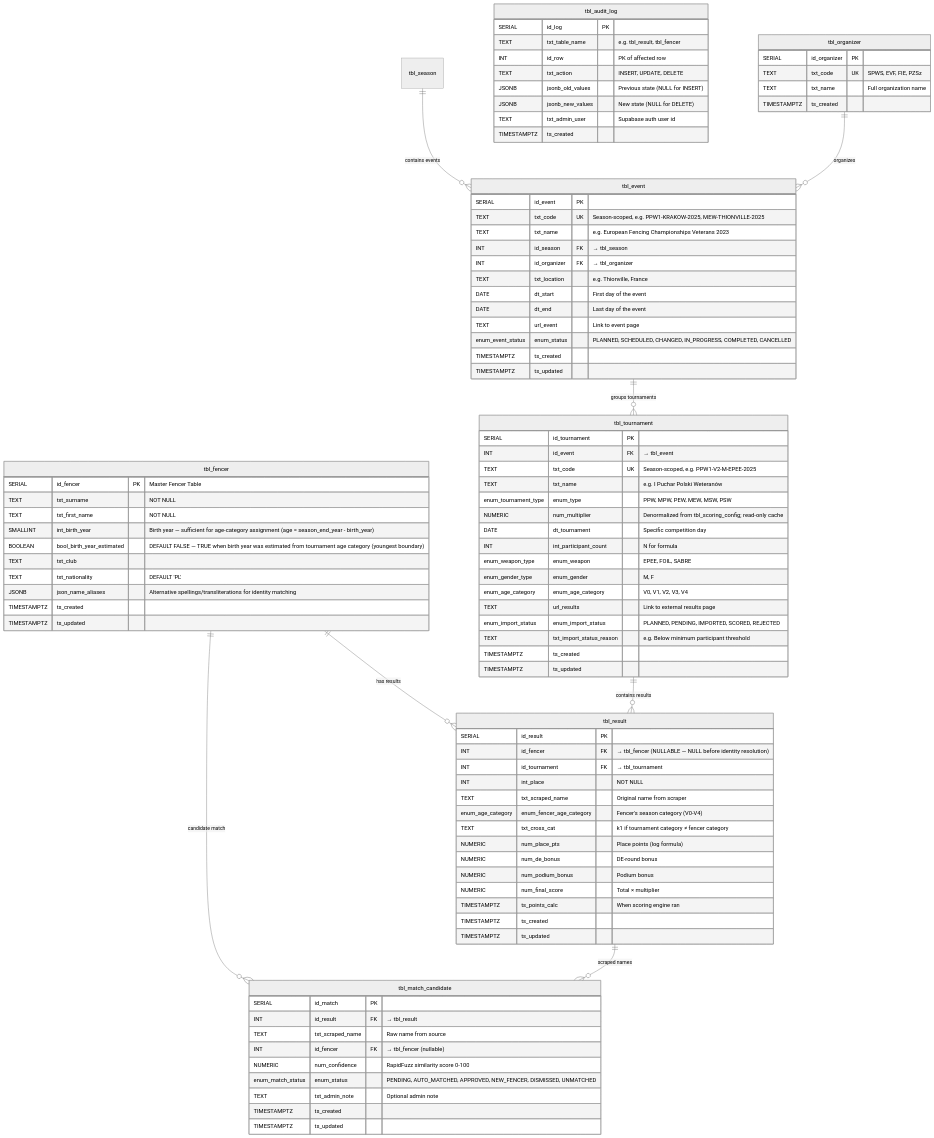
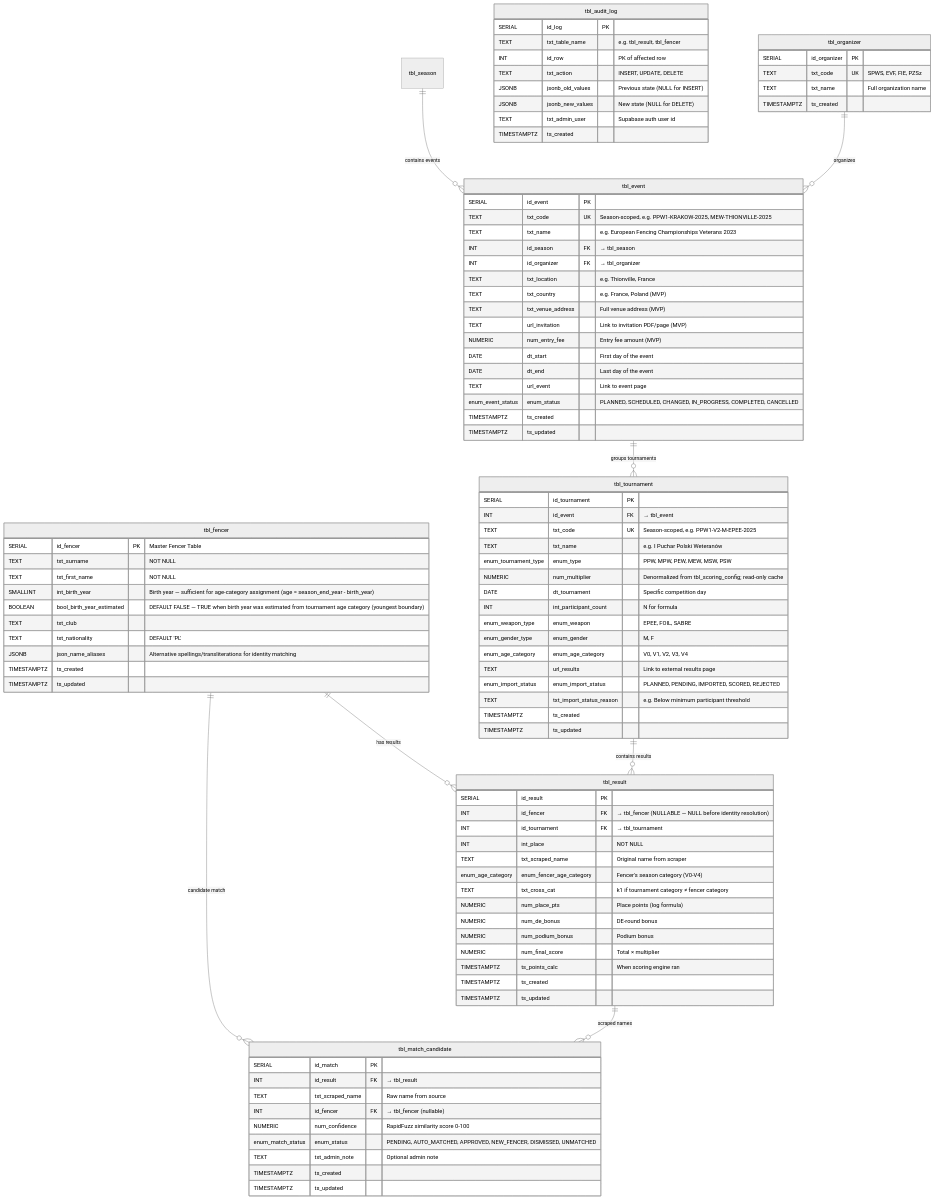
One commit to Fencer4Life/spws-automated-ranklist changed the third of 6 diagrams in doc/Project Specification. SPWS Automated Ranklist System.md. Above: the diagram before and after it, drawn with Mermaid (neutral theme). The commit also changed other lines of this file and 93 other files, not shown here.

```diff
--- a/doc/Project Specification. SPWS Automated Ranklist System.md
+++ b/doc/Project Specification. SPWS Automated Ranklist System.md
@@ -824,6 +847,10 @@
         INT id_season FK "→ tbl_season"
         INT id_organizer FK "→ tbl_organizer"
         TEXT txt_location "e.g. Thionville, France"
+        TEXT txt_country "e.g. France, Poland (MVP)"
+        TEXT txt_venue_address "Full venue address (MVP)"
+        TEXT url_invitation "Link to invitation PDF/page (MVP)"
+        NUMERIC num_entry_fee "Entry fee amount (MVP)"
         DATE dt_start "First day of the event"
         DATE dt_end "Last day of the event"
         TEXT url_event "Link to event page"
```
